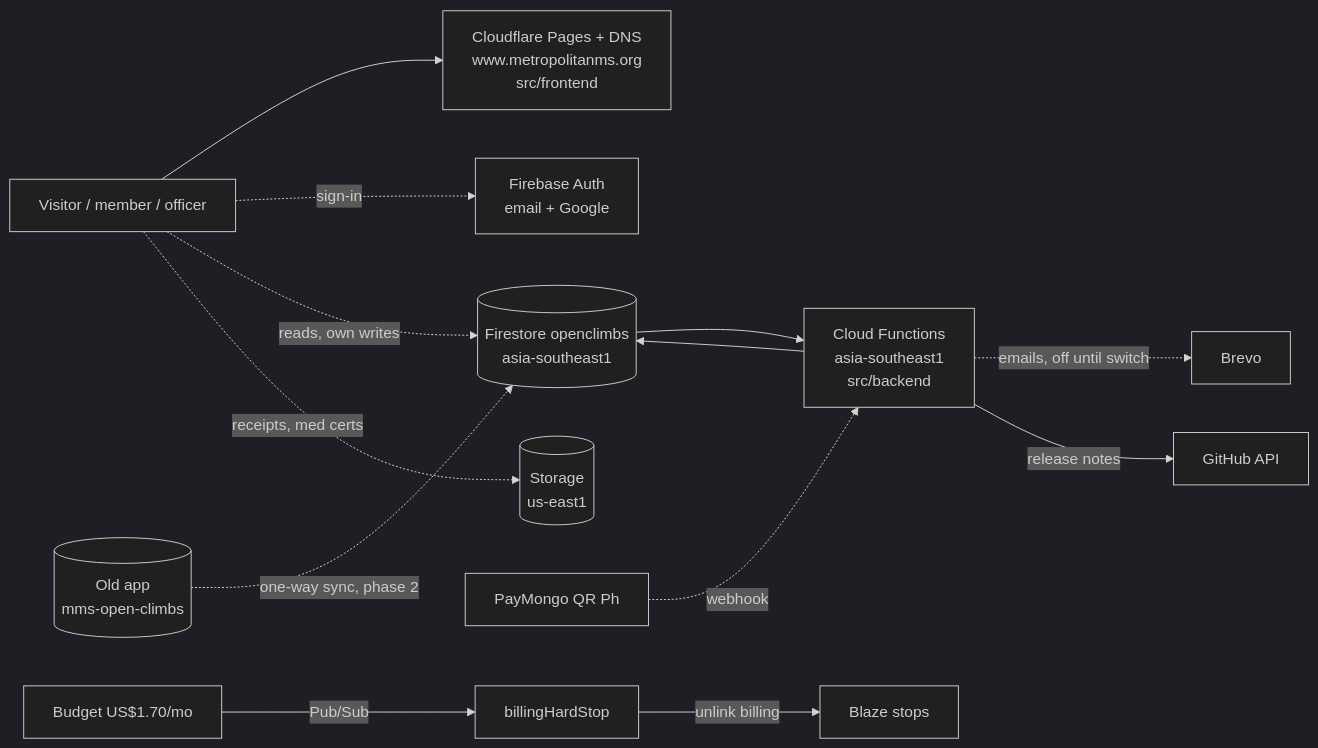
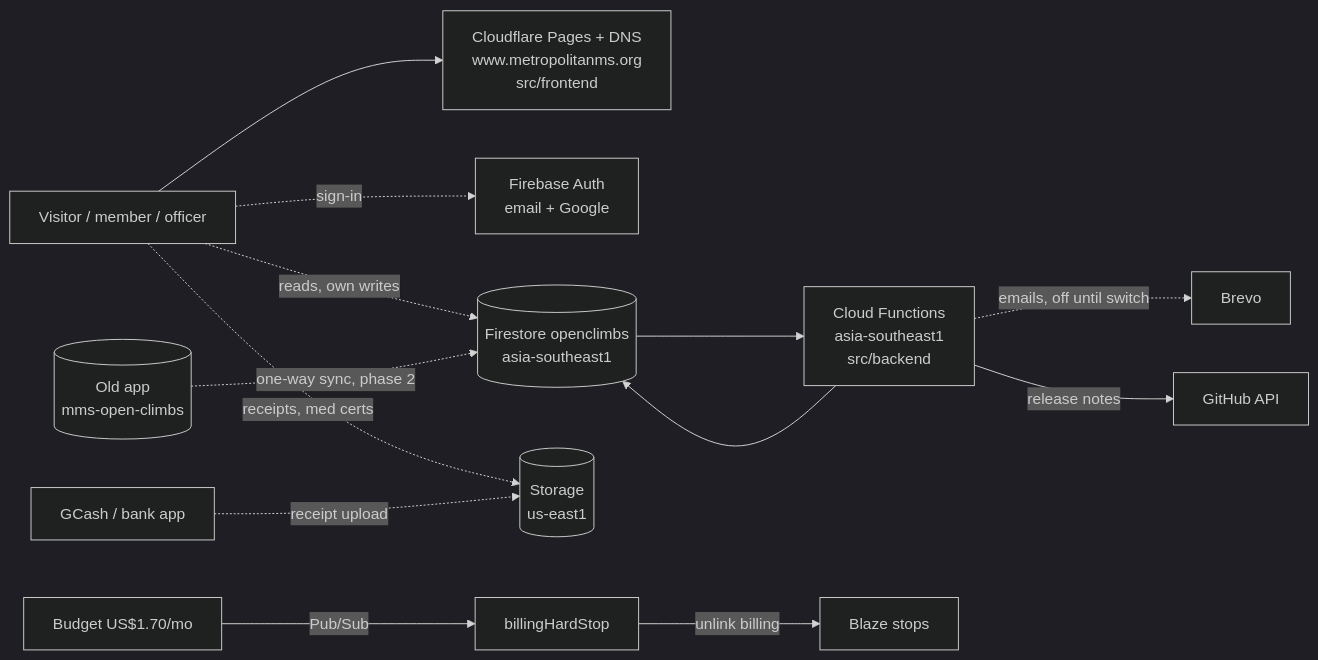
One commit to Oweeboi011/MMS-Official-Site changed the first of 4 diagrams in README.md. Above: the diagram before and after it, drawn with Mermaid (dark theme). The commit also changed 7 other files, not shown here.

Commit message:
Drop PayMongo; move all site data to Firestore

````diff
--- a/README.md
+++ b/README.md
@@ -22,14 +22,14 @@
 ```mermaid
 flowchart LR
   U[Visitor / member / officer] --> CF[Cloudflare Pages + DNS<br/>www.metropolitanms.org<br/>src/frontend]
   U -.->|sign-in| A[Firebase Auth<br/>email + Google]
   U -.->|reads, own writes| D[(Firestore openclimbs<br/>asia-southeast1)]
   U -.->|receipts, med certs| S[(Storage<br/>us-east1)]
   D --> F[Cloud Functions<br/>asia-southeast1<br/>src/backend]
   F --> D
   F -.->|emails, off until switch| E[Brevo]
   F -->|release notes| GH[GitHub API]
   OLD[(Old app<br/>mms-open-climbs)] -.->|one-way sync, phase 2| D
-  P[PayMongo QR Ph] -.->|webhook| F
+  P[GCash / bank app] -.->|receipt upload| S
   BU[Budget US$1.70/mo] -->|Pub/Sub| H[billingHardStop] -->|unlink billing| X[Blaze stops]
 ```
````
